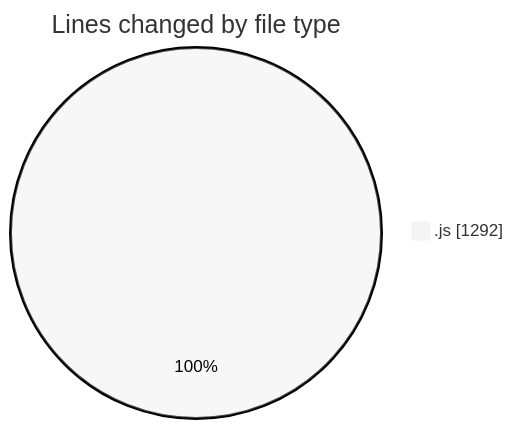
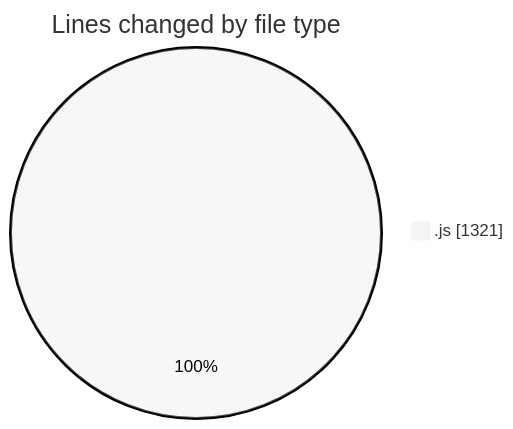
The first of 2 diagrams in 2026-02-04/cda/README.md (momahboobian/code-tracking), drawn with Mermaid (neutral theme) before and after one commit. The commit also changed other lines of this file and 1 other file, not shown here.

````diff
--- a/2026-02-04/cda/README.md
+++ b/2026-02-04/cda/README.md
@@ -20,5 +20,5 @@
 ```mermaid
 pie showData
 title Lines changed by file type
-".js" : 1292
+".js" : 1321
 ```
````
